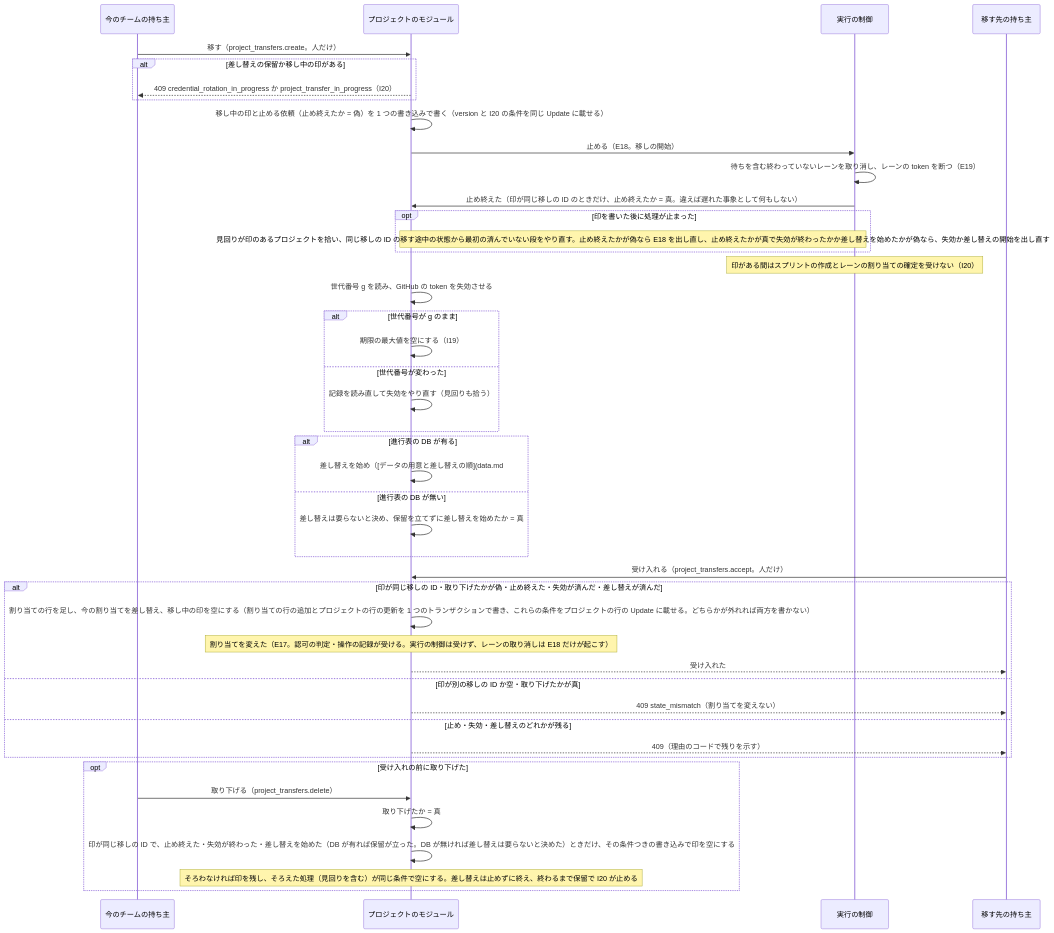
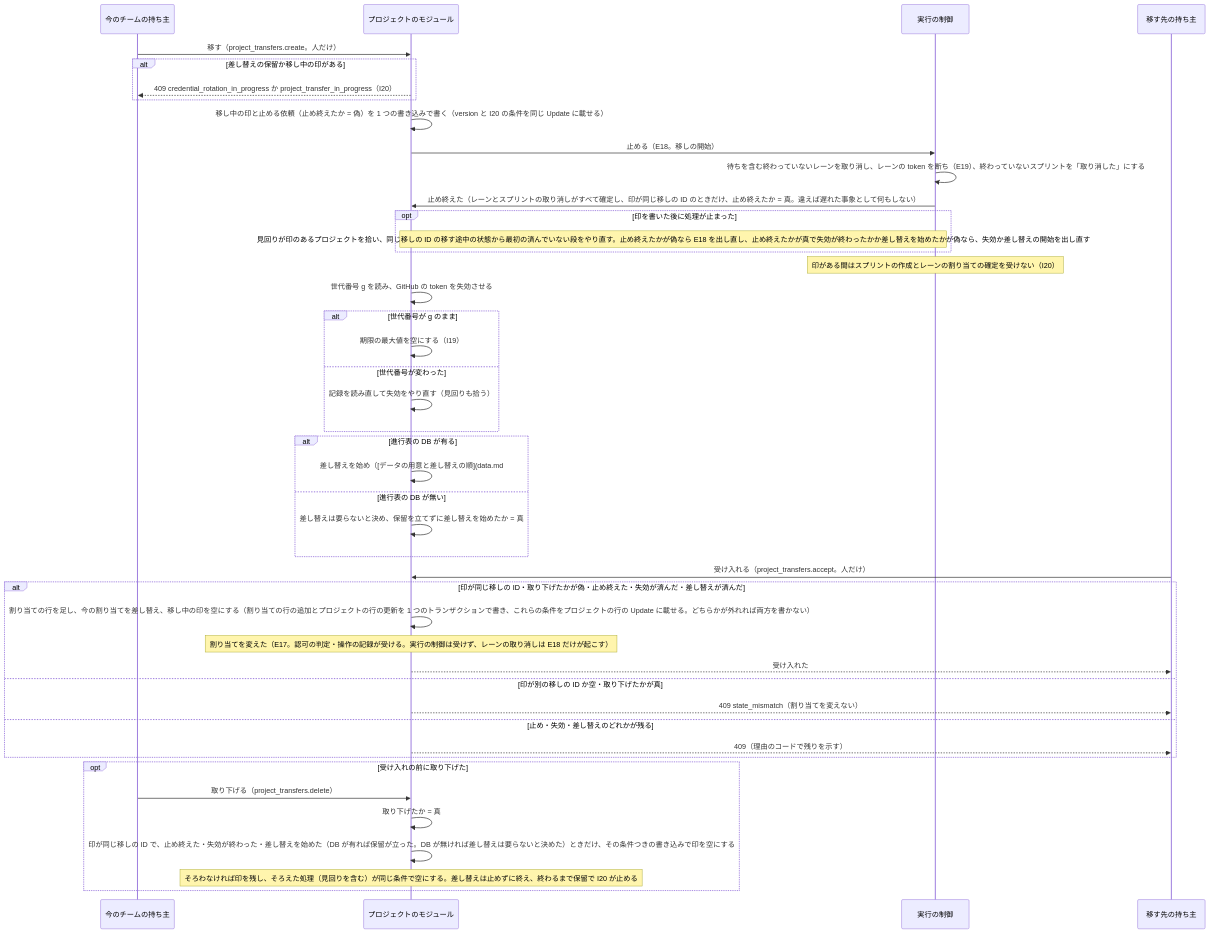
Before and after one commit to devbasex/nd-factory: the diagram in docs/design/overview.md, drawn with Mermaid. The commit also changed other lines of this file and 2 other files, not shown here.

Commit message:
Docs: #32 の設計の、E14 の受け取りの後の読み直しを強い整合の契約にし、E18 の止め終えたをスプリントの取り消しの確定まで広げる（#32）

````diff
--- a/docs/design/overview.md
+++ b/docs/design/overview.md
@@ -235,46 +235,46 @@
 ```mermaid
 sequenceDiagram
     participant O as 今のチームの持ち主
     participant P as プロジェクトのモジュール
     participant X as 実行の制御
     participant T as 移す先の持ち主
     O->>P: 移す（project_transfers.create。人だけ）
     alt 差し替えの保留か移し中の印がある
         P-->>O: 409 credential_rotation_in_progress か project_transfer_in_progress（I20）
     end
     P->>P: 移し中の印と止める依頼（止め終えたか = 偽）を 1 つの書き込みで書く（version と I20 の条件を同じ Update に載せる）
     P->>X: 止める（E18。移しの開始）
-    X->>X: 待ちを含む終わっていないレーンを取り消し、レーンの token を断つ（E19）
-    X->>P: 止め終えた（印が同じ移しの ID のときだけ、止め終えたか = 真。違えば遅れた事象として何もしない）
+    X->>X: 待ちを含む終わっていないレーンを取り消し、レーンの token を断ち（E19）、終わっていないスプリントを「取り消した」にする
+    X->>P: 止め終えた（レーンとスプリントの取り消しがすべて確定し、印が同じ移しの ID のときだけ、止め終えたか = 真。違えば遅れた事象として何もしない）
     opt 印を書いた後に処理が止まった
         Note over P,X: 見回りが印のあるプロジェクトを拾い、同じ移しの ID の移す途中の状態から最初の済んでいない段をやり直す。止め終えたかが偽なら E18 を出し直し、止め終えたかが真で失効が終わったかか差し替えを始めたかが偽なら、失効か差し替えの開始を出し直す
     end
     Note over X: 印がある間はスプリントの作成とレーンの割り当ての確定を受けない（I20）
     P->>P: 世代番号 g を読み、GitHub の token を失効させる
     alt 世代番号が g のまま
         P->>P: 期限の最大値を空にする（I19）
     else 世代番号が変わった
         P->>P: 記録を読み直して失効をやり直す（見回りも拾う）
     end
     alt 進行表の DB が有る
         P->>P: 差し替えを始め（[データの用意と差し替えの順](data.md#用意と差し替えの順)。保留を立てる）、同じ書き込みで差し替えを始めたか = 真
     else 進行表の DB が無い
         P->>P: 差し替えは要らないと決め、保留を立てずに差し替えを始めたか = 真
     end
     T->>P: 受け入れる（project_transfers.accept。人だけ）
     alt 印が同じ移しの ID・取り下げたかが偽・止め終えた・失効が済んだ・差し替えが済んだ
         P->>P: 割り当ての行を足し、今の割り当てを差し替え、移し中の印を空にする（割り当ての行の追加とプロジェクトの行の更新を 1 つのトランザクションで書き、これらの条件をプロジェクトの行の Update に載せる。どちらかが外れれば両方を書かない）
         Note over P: 割り当てを変えた（E17。認可の判定・操作の記録が受ける。実行の制御は受けず、レーンの取り消しは E18 だけが起こす）
         P-->>T: 受け入れた
     else 印が別の移しの ID か空・取り下げたかが真
         P-->>T: 409 state_mismatch（割り当てを変えない）
     else 止め・失効・差し替えのどれかが残る
         P-->>T: 409（理由のコードで残りを示す）
     end
     opt 受け入れの前に取り下げた
         O->>P: 取り下げる（project_transfers.delete）
         P->>P: 取り下げたか = 真
         P->>P: 印が同じ移しの ID で、止め終えた・失効が終わった・差し替えを始めた（DB が有れば保留が立った。DB が無ければ差し替えは要らないと決めた）ときだけ、その条件つきの書き込みで印を空にする
         Note over P: そろわなければ印を残し、そろえた処理（見回りを含む）が同じ条件で空にする。差し替えは止めずに終え、終わるまで保留で I20 が止める
     end
 ```
````
